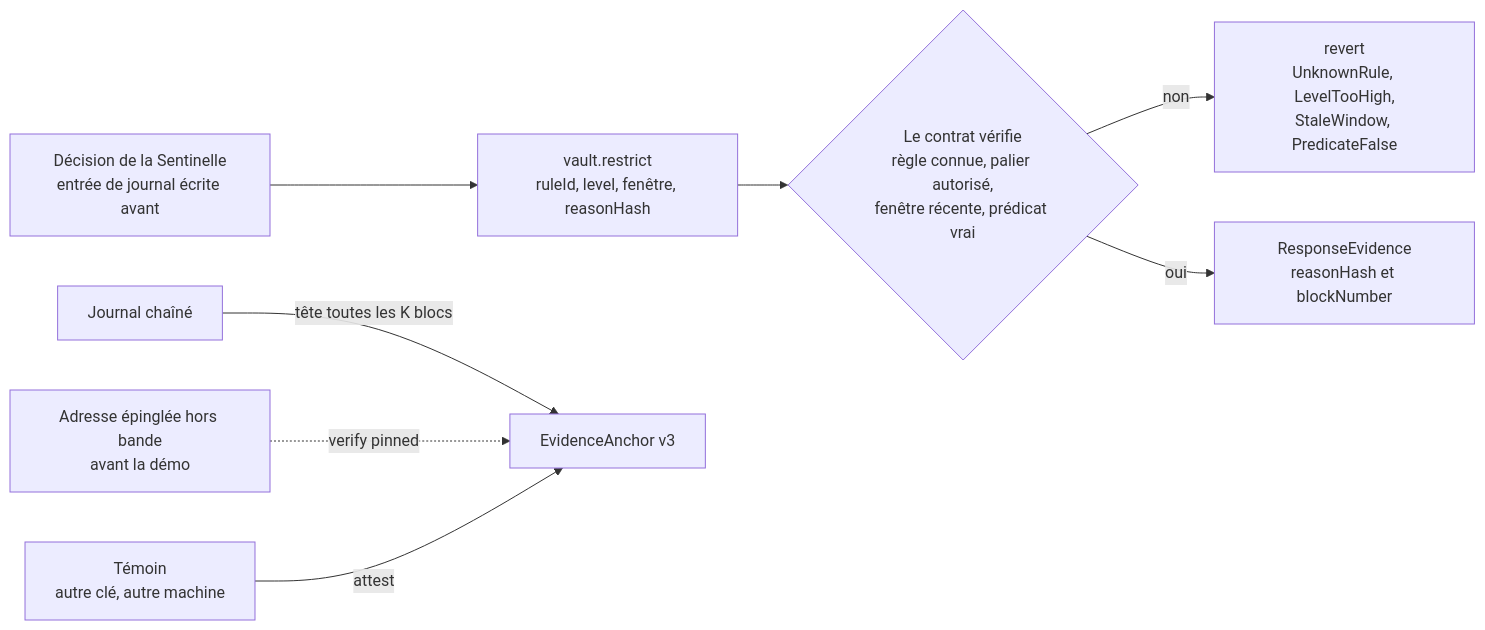
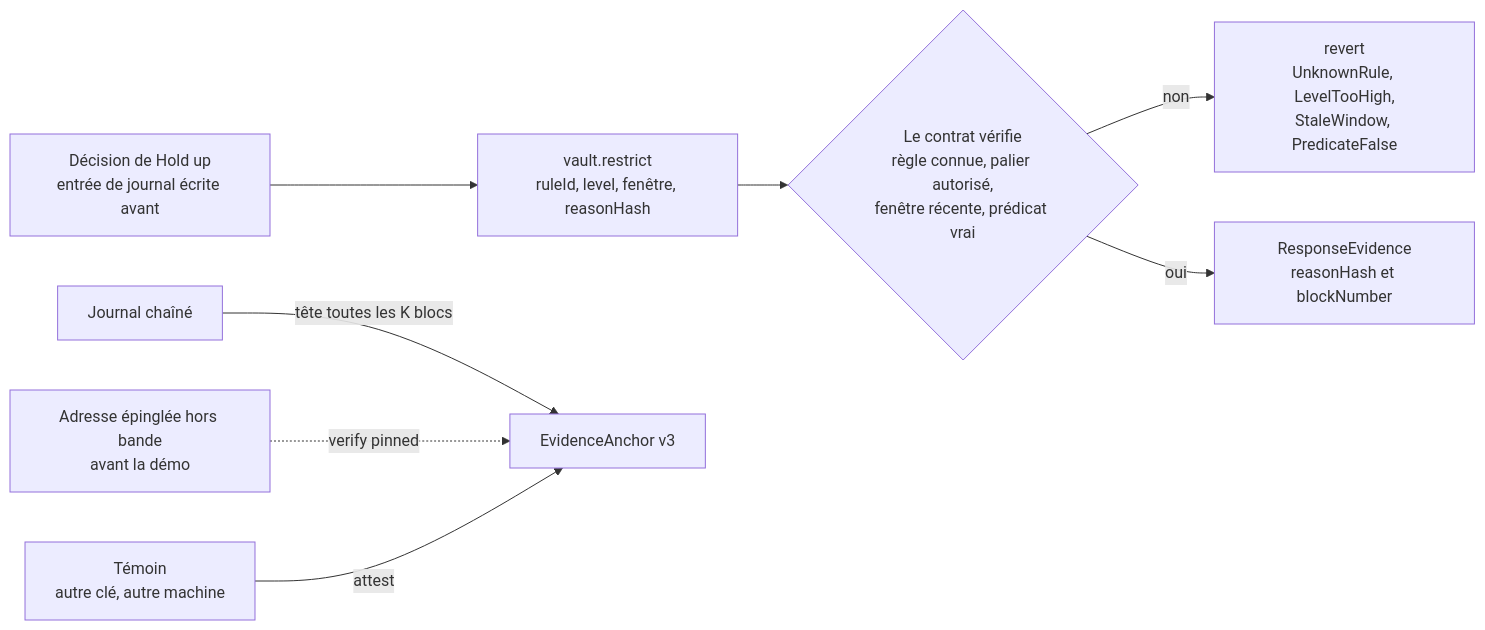
One commit to adembnn/secure-horizon changed the sixth of 8 diagrams in docs/architecture.md. Above: the diagram before and after it, drawn with Mermaid. The commit also changed other lines of this file and 105 other files, not shown here.

````diff
--- a/docs/architecture.md
+++ b/docs/architecture.md
@@ -327,10 +327,10 @@
 ```mermaid
 flowchart LR
-  DEC["Décision de la Sentinelle<br/>entrée de journal écrite avant"] --> RST["vault.restrict<br/>ruleId, level, fenêtre, reasonHash"]
+  DEC["Décision de Hold up<br/>entrée de journal écrite avant"] --> RST["vault.restrict<br/>ruleId, level, fenêtre, reasonHash"]
   RST --> CHK{"Le contrat vérifie<br/>règle connue, palier autorisé,<br/>fenêtre récente, prédicat vrai"}
   CHK -- non --> REV["revert<br/>UnknownRule, LevelTooHigh,<br/>StaleWindow, PredicateFalse"]
   CHK -- oui --> EVT["ResponseEvidence<br/>reasonHash et blockNumber"]
   J["Journal chaîné"] -- "tête toutes les K blocs" --> ANC["EvidenceAnchor v3"]
   PIN["Adresse épinglée hors bande<br/>avant la démo"] -. "verify pinned" .-> ANC
   WIT["Témoin<br/>autre clé, autre machine"] -- "attest" --> ANC
 ```
````
